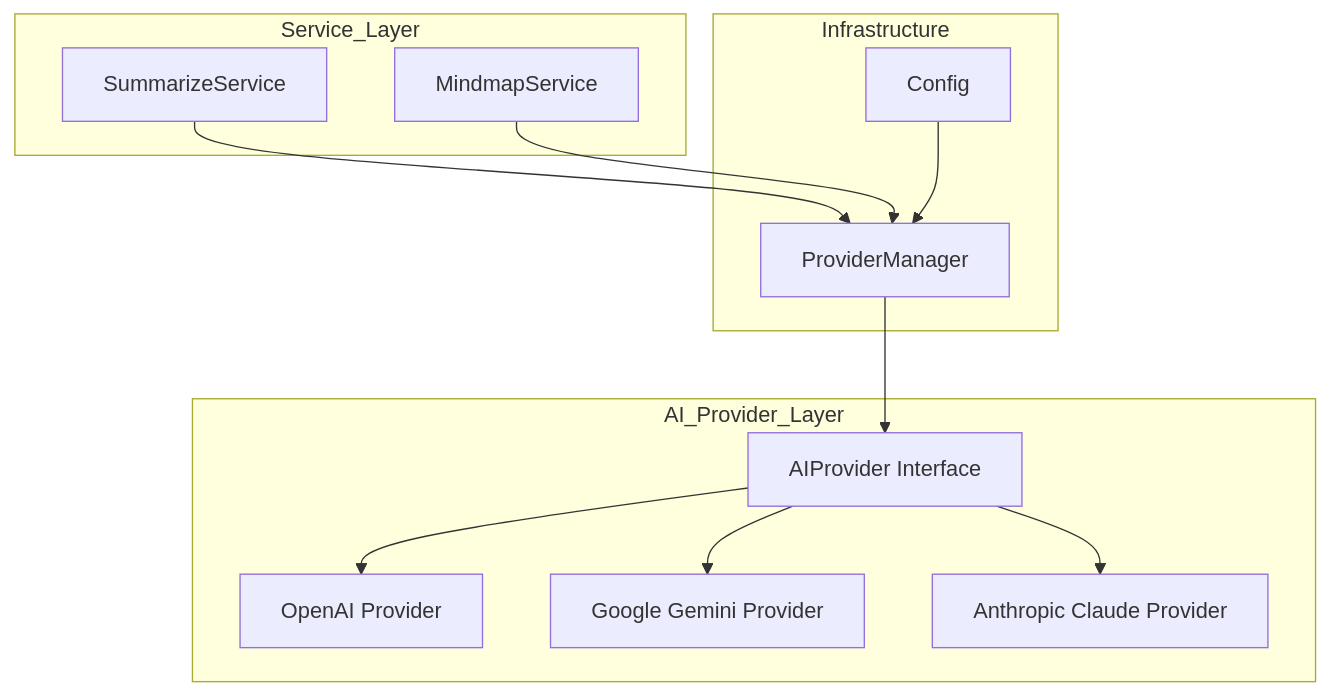
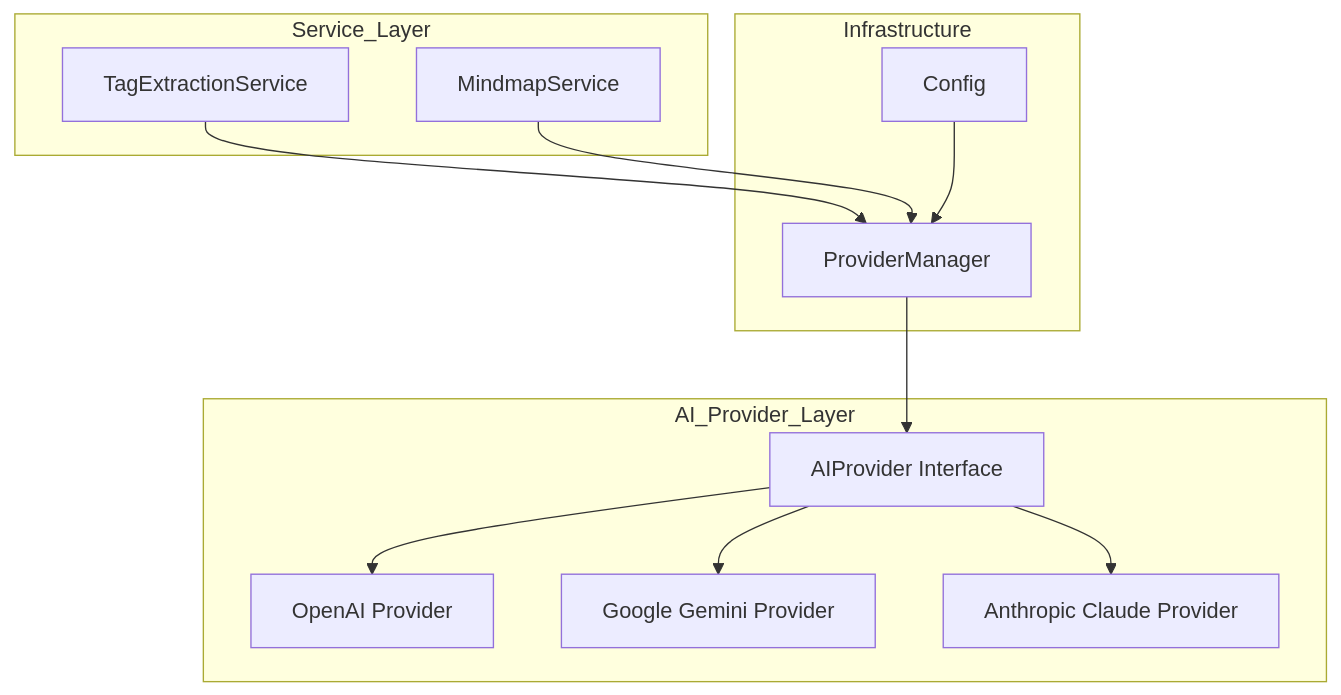
The second of 2 diagrams in docs/development/phases/phase-9-ai.md (coldzero94/mindhit), drawn with Mermaid before and after one commit. The commit also changed other lines of this file and 5 other files, not shown here.

````diff
--- a/docs/development/phases/phase-9-ai.md
+++ b/docs/development/phases/phase-9-ai.md
@@ -16,24 +123,24 @@
 ```mermaid
 flowchart TB
     subgraph Service_Layer
-        SS[SummarizeService]
+        TS[TagExtractionService]
         MS[MindmapService]
     end
 
     subgraph AI_Provider_Layer
         IF[AIProvider Interface]
         IF --> OAI[OpenAI Provider]
         IF --> GEM[Google Gemini Provider]
         IF --> CLA[Anthropic Claude Provider]
     end
 
     subgraph Infrastructure
         PM[ProviderManager]
         CFG[Config]
     end
 
-    SS --> PM
+    TS --> PM
     MS --> PM
     PM --> IF
     CFG --> PM
 ```
````
